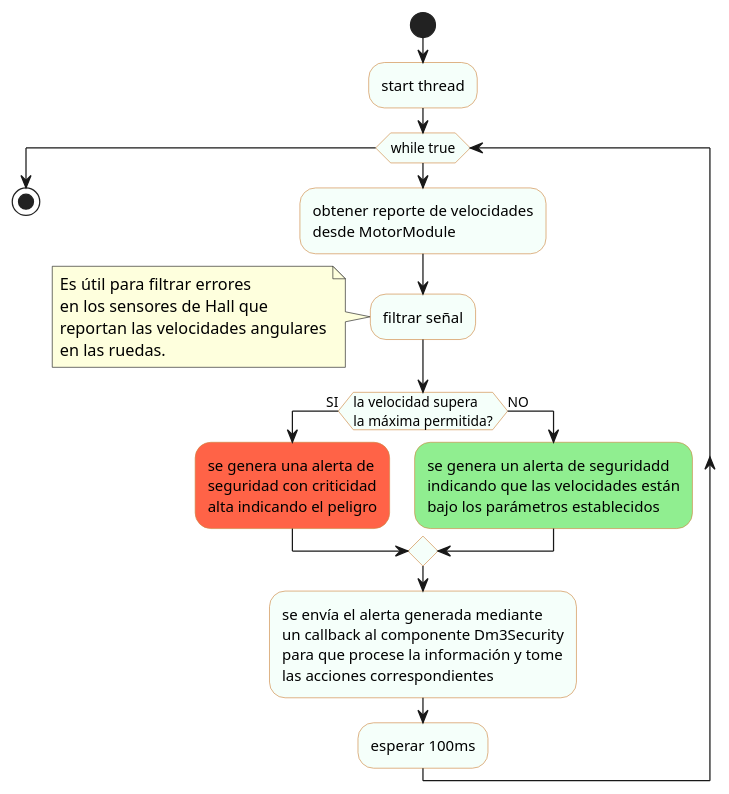
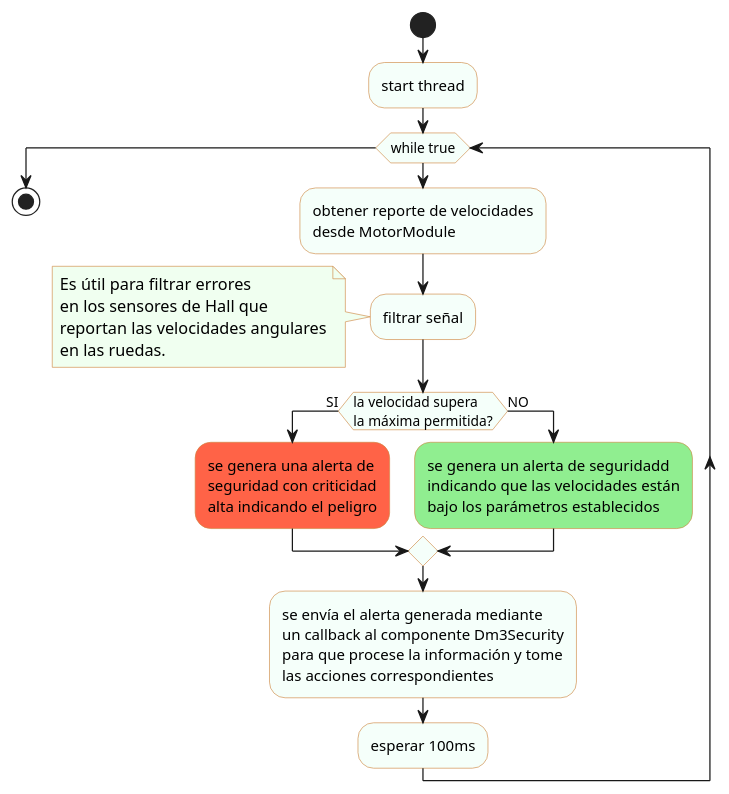
Before and after one commit to gonzalopelos/proygrado: the diagram in Diagrams/Dm3Security_speeds_checks.wsd, drawn with PlantUML. The commit also changed other lines of this file and 20 other files, not shown here.

Commit message:
desarrollo de diagramas para la documentación.

```diff
--- a/Diagrams/Dm3Security_speeds_checks.wsd
+++ b/Diagrams/Dm3Security_speeds_checks.wsd
@@ -1,28 +1,35 @@
 @startuml Diagrama_de_flujo_Dm3Security_Speeds
 skinparam activity {
     BackgroundColor MintCream
     BorderColor Peru
     FontName Verdana
 }
+
+skinparam note {
+    BackgroundColor HoneyDew
+    FontName Verdana
+    BorderColor Peru
+}
+
 start
 :start thread;
 while(while true)
 
 :obtener reporte de velocidades\ndesde MotorModule;
 :filtrar señal;
 note left
     Es útil para filtrar errores
     en los sensores de Hall que
     reportan las velocidades angulares
     en las ruedas.
 end note
 if(la velocidad supera\nla máxima permitida?) then (SI)
     #Tomato:se genera una alerta de\nseguridad con criticidad\nalta indicando el peligro;
 else (NO)
     #LightGreen:se genera un alerta de seguridadd\nindicando que las velocidades están\nbajo los parámetros establecidos;
 endif
 :se envía el alerta generada mediante\nun callback al componente Dm3Security\npara que procese la información y tome\nlas acciones correspondientes;
 :esperar 100ms;
 endwhile
 stop
 @enduml
```
